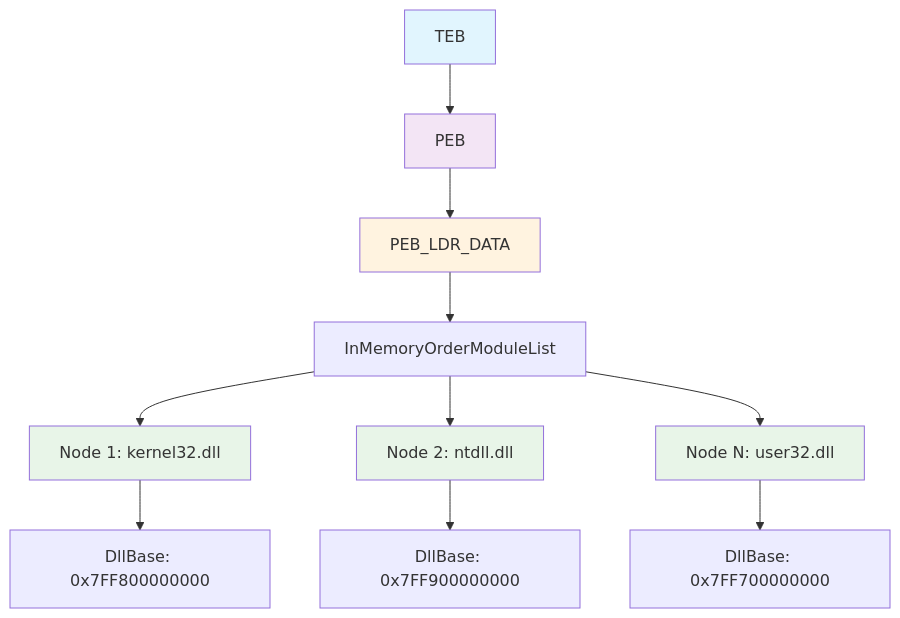
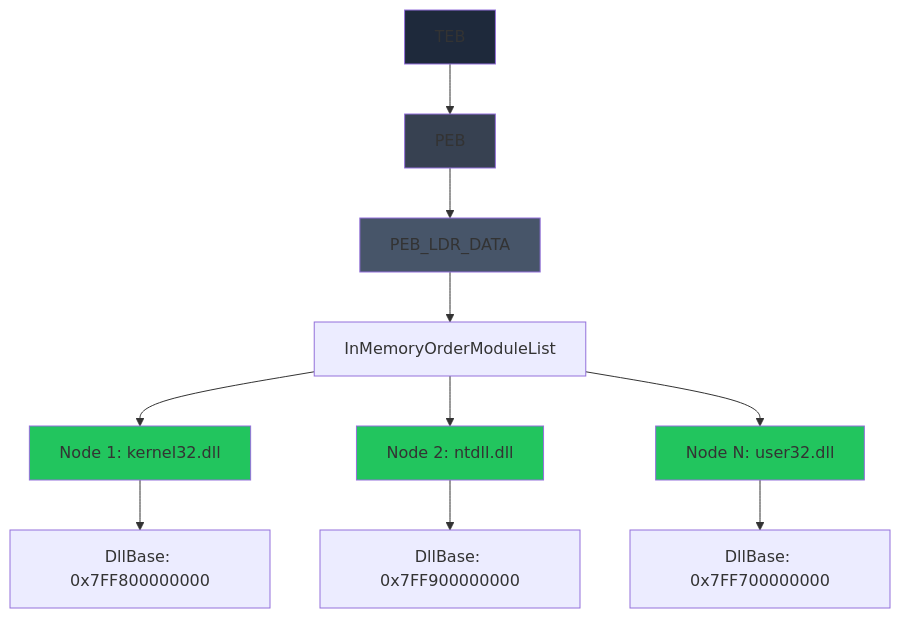
The first of 11 diagrams in diagrams.md (usuiWind/Windows-Import-Resolver), drawn with Mermaid before and after one commit. The commit also changed other lines of this file, not shown here.

````diff
--- a/diagrams.md
+++ b/diagrams.md
@@ -7,19 +5,19 @@
 ```mermaid
 graph TD
     A[TEB] --> B[PEB]
     B --> C[PEB_LDR_DATA]
     C --> D[InMemoryOrderModuleList]
     D --> E[Node 1: kernel32.dll]
     D --> F[Node 2: ntdll.dll]
     D --> G[Node N: user32.dll]
     E --> H[DllBase: 0x7FF800000000]
     F --> I[DllBase: 0x7FF900000000]
     G --> J[DllBase: 0x7FF700000000]
     
-    style A fill:#e1f5fe
-    style B fill:#f3e5f5
-    style C fill:#fff3e0
-    style E fill:#e8f5e8
-    style F fill:#e8f5e8
-    style G fill:#e8f5e8
+    style A fill:#1e293b
+    style B fill:#374151
+    style C fill:#475569
+    style E fill:#22c55e
+    style F fill:#22c55e
+    style G fill:#22c55e
 ```
````
